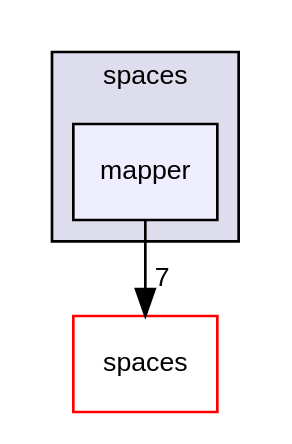
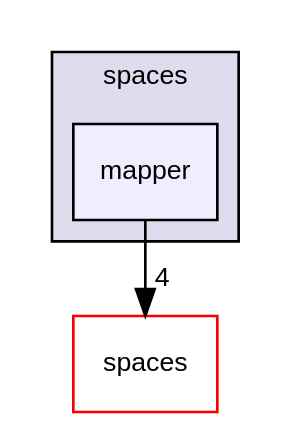
One commit to dune-community/dune-community.github.io changed the diagram in docs/dune-gdt/master/dir_2976840a02670776ce074c9bfc91cf52_dep.dot. Above: the diagram before and after it, drawn with Graphviz. The commit also changed 3928 other files, not shown here.

```diff
--- a/docs/dune-gdt/master/dir_2976840a02670776ce074c9bfc91cf52_dep.dot
+++ b/docs/dune-gdt/master/dir_2976840a02670776ce074c9bfc91cf52_dep.dot
@@ -1,11 +1,11 @@
 digraph "mapper" {
   compound=true
   node [ fontsize="10", fontname="Helvetica"];
   edge [ labelfontsize="10", labelfontname="Helvetica"];
   subgraph clusterdir_4ffd1a13c5d71df01de237c0b18f9ccc {
     graph [ bgcolor="#ddddee", pencolor="black", label="spaces" fontname="Helvetica", fontsize="10", URL="dir_4ffd1a13c5d71df01de237c0b18f9ccc.html"]
   dir_2976840a02670776ce074c9bfc91cf52 [shape=box, label="mapper", style="filled", fillcolor="#eeeeff", pencolor="black", URL="dir_2976840a02670776ce074c9bfc91cf52.html"];
   }
   dir_43d0cc378a1b7044a9ebea179385123e [shape=box label="spaces" fillcolor="white" style="filled" color="red" URL="dir_43d0cc378a1b7044a9ebea179385123e.html"];
-  dir_2976840a02670776ce074c9bfc91cf52->dir_43d0cc378a1b7044a9ebea179385123e [headlabel="7", labeldistance=1.5 headhref="dir_000021_000007.html"];
+  dir_2976840a02670776ce074c9bfc91cf52->dir_43d0cc378a1b7044a9ebea179385123e [headlabel="4", labeldistance=1.5 headhref="dir_000020_000008.html"];
 }
```
